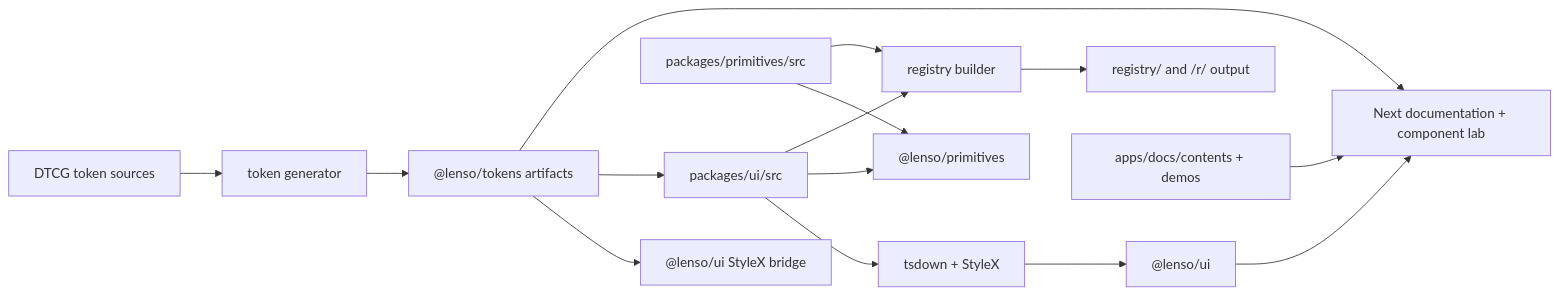
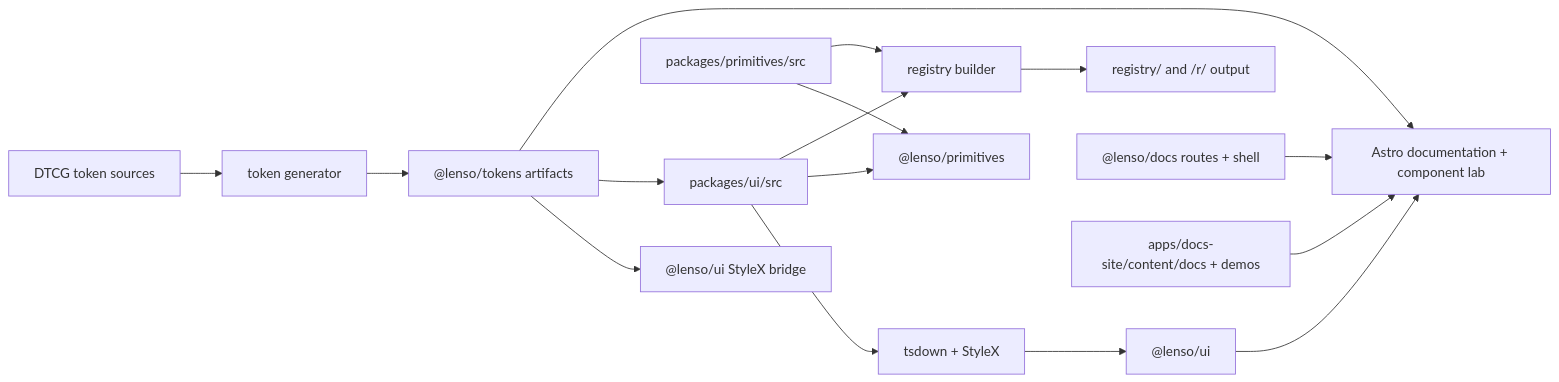
The diagram in docs/architecture.md (LioRael/lenso-ui), drawn with Mermaid before and after one commit. The commit also changed other lines of this file and 425 other files, not shown here.

Commit message:
feat(docs): migrate UI documentation to Astro framework

````diff
--- a/docs/architecture.md
+++ b/docs/architecture.md
@@ -7,17 +7,18 @@
 ```mermaid
 flowchart LR
   tokenSource["DTCG token sources"] --> tokenGenerator["token generator"]
   tokenGenerator --> tokenArtifacts["@lenso/tokens artifacts"]
   tokenArtifacts --> uiStyles["@lenso/ui StyleX bridge"]
   primitiveSource["packages/primitives/src"] --> primitivePackage["@lenso/primitives"]
   uiSource["packages/ui/src"] --> uiBuild["tsdown + StyleX"]
   uiSource --> primitivePackage
   tokenArtifacts --> uiSource
   uiBuild --> uiPackage["@lenso/ui"]
   uiSource --> registryBuilder["registry builder"]
   primitiveSource --> registryBuilder
   registryBuilder --> registryOutput["registry/ and /r/ output"]
-  docsSource["apps/docs/contents + demos"] --> docsApp["Next documentation + component lab"]
+  docsFramework["@lenso/docs routes + shell"] --> docsApp["Astro documentation + component lab"]
+  docsSource["apps/docs-site/content/docs + demos"] --> docsApp
   uiPackage --> docsApp
   tokenArtifacts --> docsApp
 ```
````
